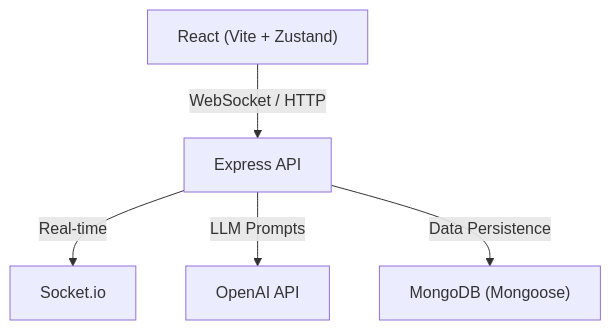
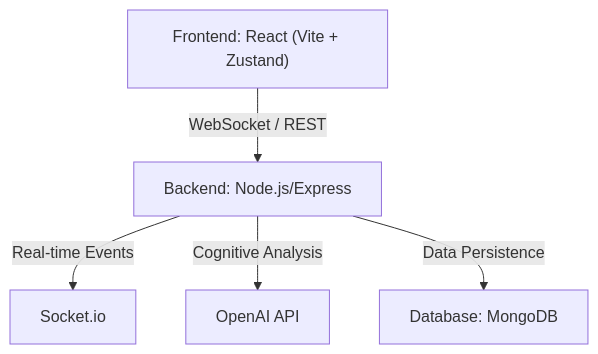
The diagram in README.md (Adhan-Hashim/OkaySpace), drawn with Mermaid before and after one commit. The commit also changed other lines of this file, not shown here.

````diff
--- a/README.md
+++ b/README.md
@@ -38,7 +55,7 @@
 ```mermaid
 graph TD;
-    React["React (Vite + Zustand)"]-->|WebSocket / HTTP|ExpressAPI["Express API"];
-    ExpressAPI-->|Real-time|SocketIO["Socket.io"];
-    ExpressAPI-->|LLM Prompts|OpenAI["OpenAI API"];
-    ExpressAPI-->|Data Persistence|MongoDB["MongoDB (Mongoose)"];
+    React["Frontend: React (Vite + Zustand)"]-->|WebSocket / REST|ExpressAPI["Backend: Node.js/Express"];
+    ExpressAPI-->|Real-time Events|SocketIO["Socket.io"];
+    ExpressAPI-->|Cognitive Analysis|OpenAI["OpenAI API"];
+    ExpressAPI-->|Data Persistence|MongoDB["Database: MongoDB"];
 ```
````
